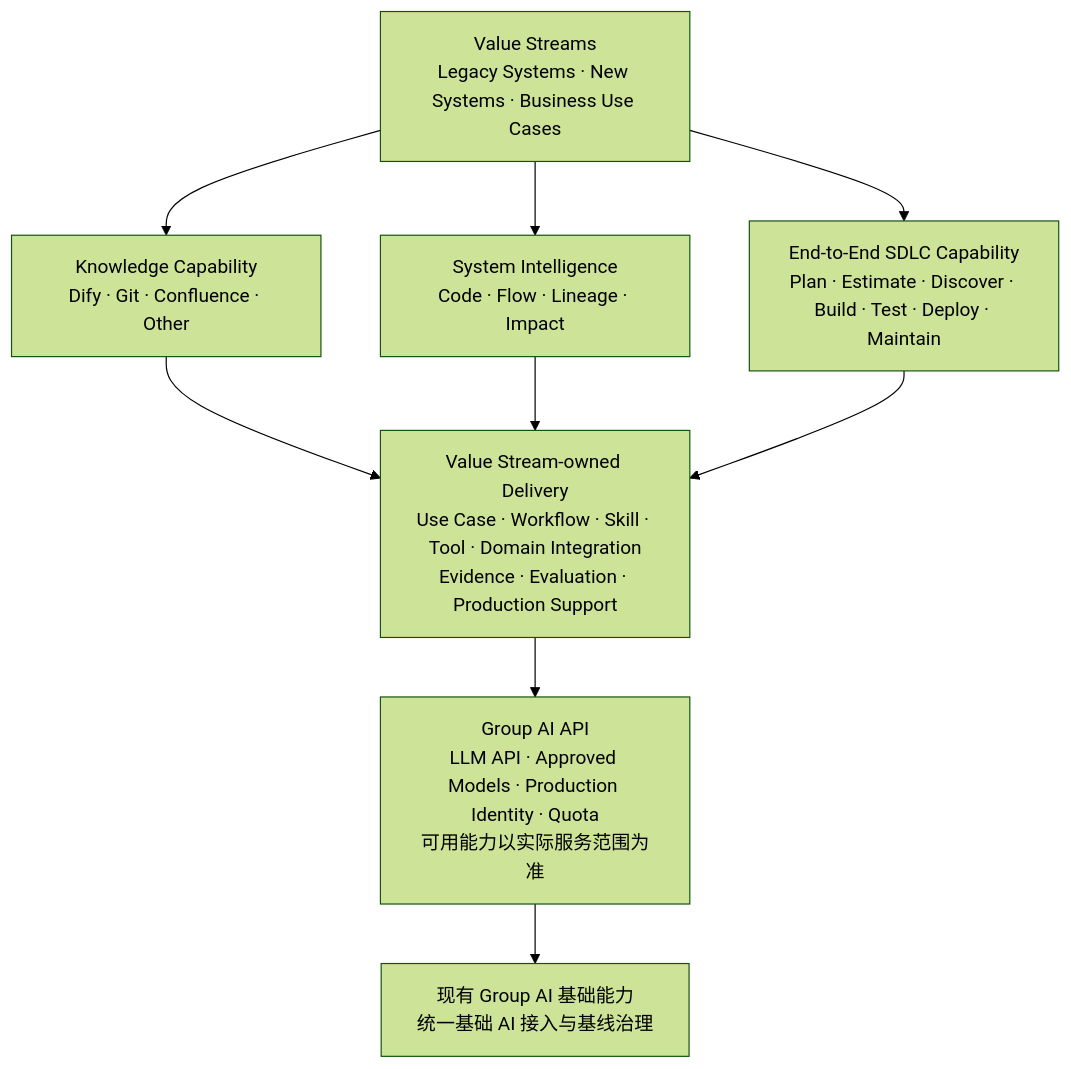
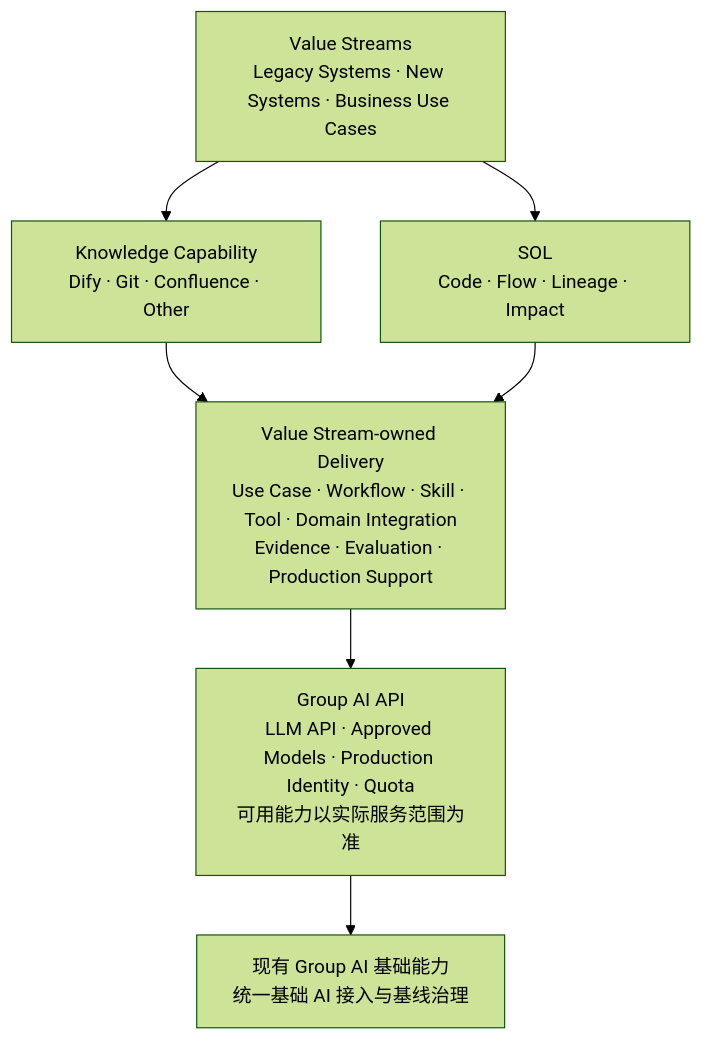
One commit to wwa-lab/atlas-knowledge-base changed the diagram in docs/product/prototypes/common_ai_platform_management_update_cn.md. Above: the diagram before and after it, drawn with Mermaid (forest theme). The commit also changed other lines of this file and 3 other files, not shown here.

````diff
--- a/docs/product/prototypes/common_ai_platform_management_update_cn.md
+++ b/docs/product/prototypes/common_ai_platform_management_update_cn.md
@@ -192,21 +191,18 @@
 ```mermaid
 flowchart TB
     V["Value Streams<br/>Legacy Systems · New Systems · Business Use Cases"]
 
     K["Knowledge Capability<br/>Dify · Git · Confluence · Other"]
-    S["System Intelligence<br/>Code · Flow · Lineage · Impact"]
-    E["End-to-End SDLC Capability<br/>Plan · Estimate · Discover · Build · Test · Deploy · Maintain"]
+    S["SOL<br/>Code · Flow · Lineage · Impact"]
 
     W["Value Stream-owned Delivery<br/>Use Case · Workflow · Skill · Tool · Domain Integration<br/>Evidence · Evaluation · Production Support"]
     A["Group AI API<br/>LLM API · Approved Models · Production Identity · Quota<br/>可用能力以实际服务范围为准"]
     G["现有 Group AI 基础能力<br/>统一基础 AI 接入与基线治理"]
 
     V --> K
     V --> S
-    V --> E
     K --> W
     S --> W
-    E --> W
     W --> A
     A --> G
 ```
````
